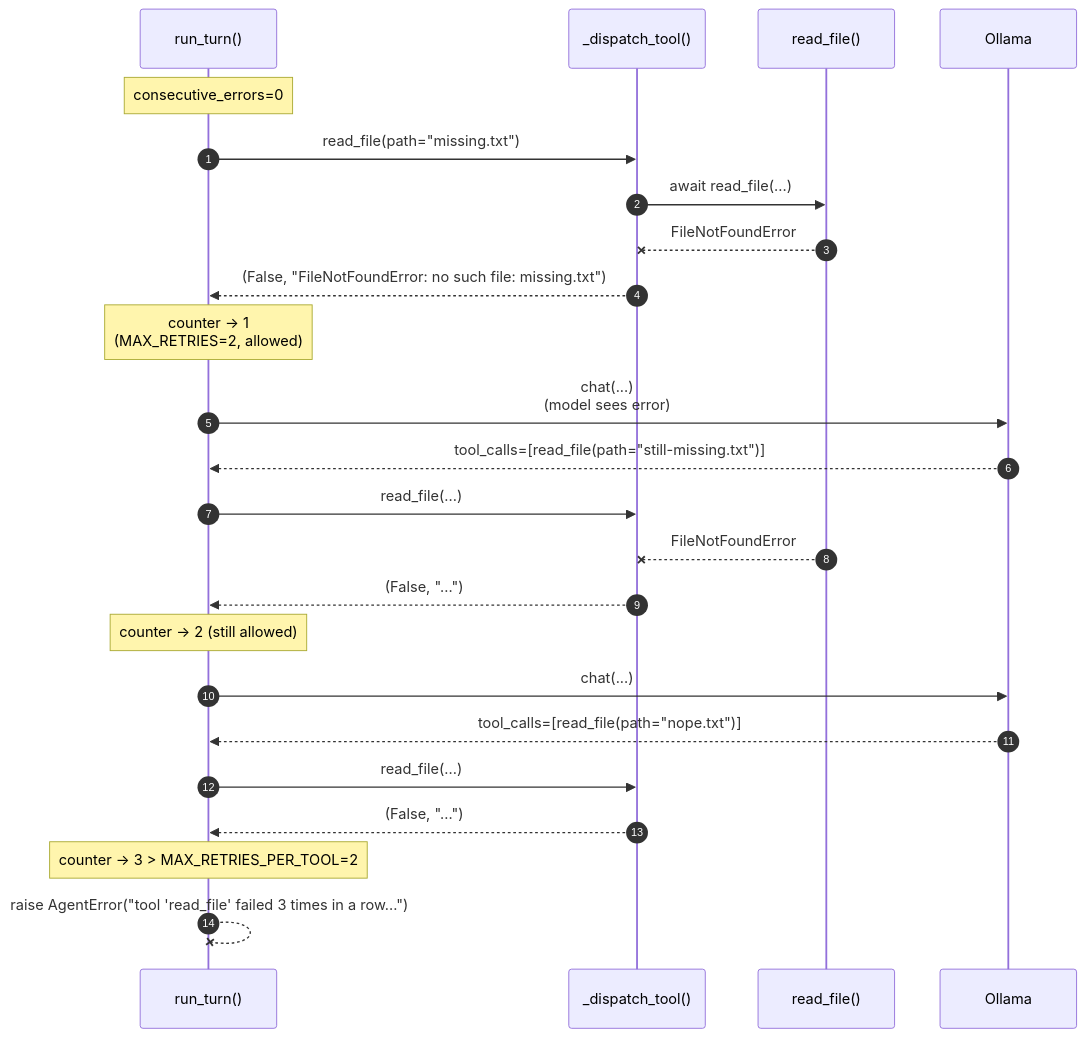
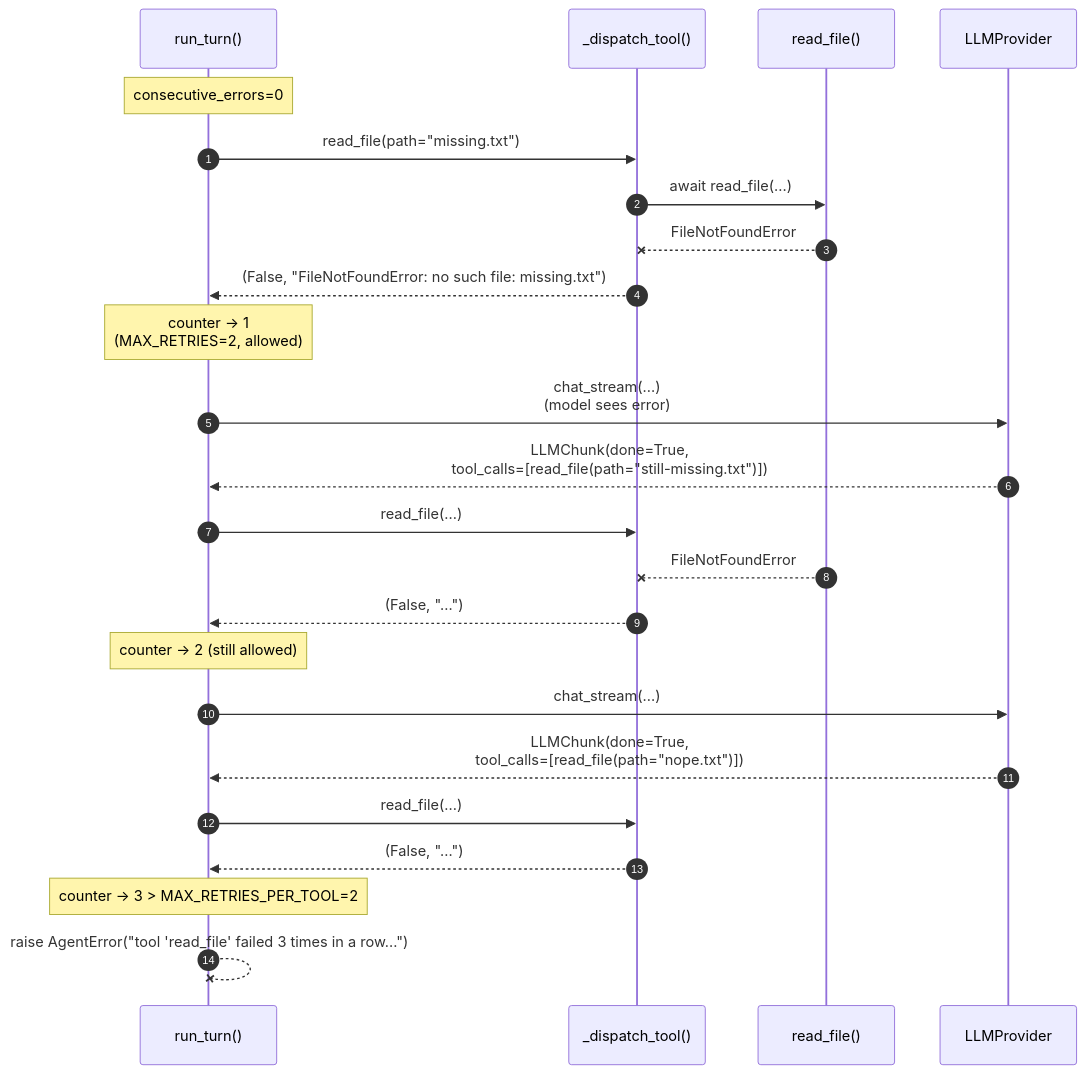
Before and after one commit to fhdbbk/personal-agent: the sixth of 15 diagrams in docs/design/LLD.md, drawn with Mermaid. The commit also changed other lines of this file and 29 other files, not shown here.

````diff
--- a/docs/design/LLD.md
+++ b/docs/design/LLD.md
@@ -384,27 +449,27 @@
 ```mermaid
 sequenceDiagram
     autonumber
     participant RunTurn as run_turn()
     participant Disp as _dispatch_tool()
     participant Tool as read_file()
-    participant Ollama
+    participant LLM as LLMProvider
 
     Note over RunTurn: consecutive_errors=0
     RunTurn->>Disp: read_file(path="missing.txt")
     Disp->>Tool: await read_file(...)
     Tool--xDisp: FileNotFoundError
     Disp-->>RunTurn: (False, "FileNotFoundError: no such file: missing.txt")
     Note over RunTurn: counter → 1<br/>(MAX_RETRIES=2, allowed)
-    RunTurn->>Ollama: chat(...)<br/>(model sees error)
-    Ollama-->>RunTurn: tool_calls=[read_file(path="still-missing.txt")]
+    RunTurn->>LLM: chat_stream(...)<br/>(model sees error)
+    LLM-->>RunTurn: LLMChunk(done=True,<br/>tool_calls=[read_file(path="still-missing.txt")])
     RunTurn->>Disp: read_file(...)
     Tool--xDisp: FileNotFoundError
     Disp-->>RunTurn: (False, "...")
     Note over RunTurn: counter → 2 (still allowed)
-    RunTurn->>Ollama: chat(...)
-    Ollama-->>RunTurn: tool_calls=[read_file(path="nope.txt")]
+    RunTurn->>LLM: chat_stream(...)
+    LLM-->>RunTurn: LLMChunk(done=True,<br/>tool_calls=[read_file(path="nope.txt")])
     RunTurn->>Disp: read_file(...)
     Disp-->>RunTurn: (False, "...")
     Note over RunTurn: counter → 3 > MAX_RETRIES_PER_TOOL=2
     RunTurn--xRunTurn: raise AgentError("tool 'read_file' failed 3 times in a row...")
 ```
````
